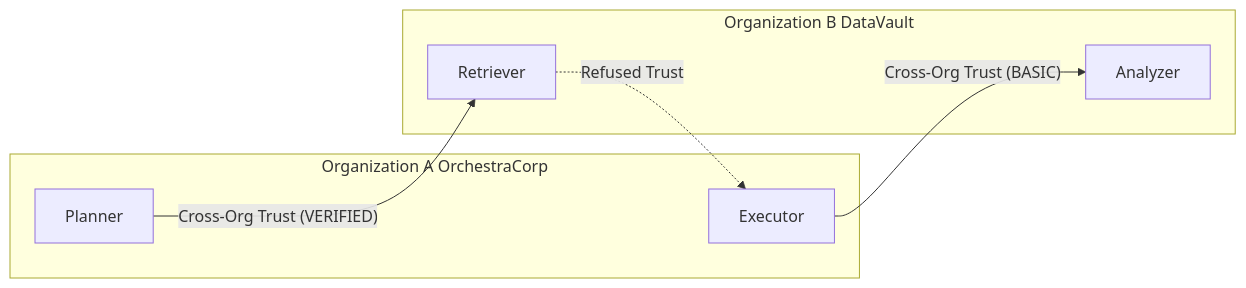
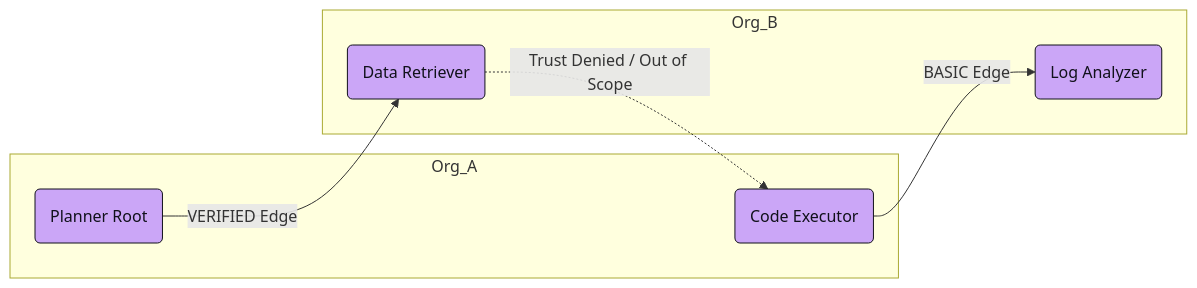
One commit to MrDecryptDecipher/Agent-Trust changed diagram 11 of 30 in README.md. Above: the diagram before and after it, drawn with Mermaid. The commit also changed other lines of this file, not shown here.

Commit message:
Fix rendering format for 30 Mermaid diagrams to strictly use basic edge and block formatting for complete compatiblity

````diff
--- a/README.md
+++ b/README.md
@@ -168,14 +237,19 @@
 ```mermaid
 graph LR
-    subgraph OrgA [Organization A OrchestraCorp]
-        A1["Planner"]
-        A2["Executor"]
+    classDef org fill:#313244,stroke:#89b4fa,stroke-width:2px;
+    classDef ag fill:#cba6f7,stroke:#11111b,color:#11111b;
+
+    subgraph Org_A
+        A1("Planner Root"):::ag
+        A2("Code Executor"):::ag
     end
-    subgraph OrgB [Organization B DataVault]
-        B1["Retriever"]
-        B2["Analyzer"]
+
+    subgraph Org_B
+        B1("Data Retriever"):::ag
+        B2("Log Analyzer"):::ag
     end
-    A1 -->|"Cross-Org Trust (VERIFIED)"| B1
-    A2 -->|"Cross-Org Trust (BASIC)"| B2
-    B1 -.->|"Refused Trust"| A2
+
+    A1 -- "VERIFIED Edge" --> B1
+    A2 -- "BASIC Edge" --> B2
+    B1 -. "Trust Denied / Out of Scope" .-> A2
 ```
````
